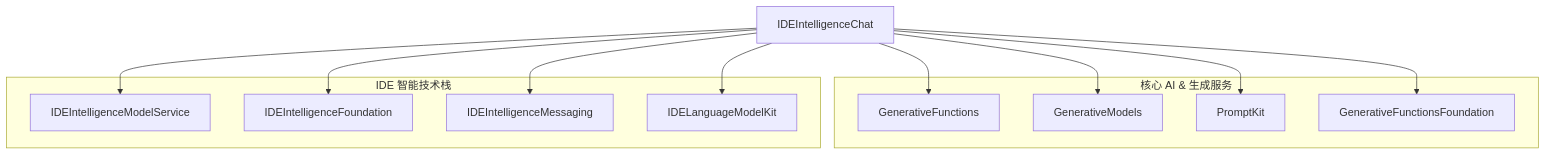
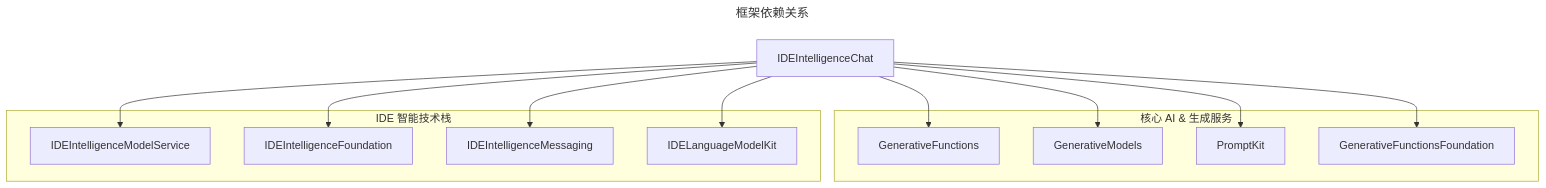
The third of 3 diagrams in 2025-08-31-the-cupertino-ghost-in-the-machine/zh-Hans/index_raw.md (WeZZard/MyWorks), drawn with Mermaid before and after one commit. The commit also changed other lines of this file and 3 other files, not shown here.

Commit message:
Refines the texts and adds the accessibility descriptions to the diagrams.

````diff
--- a/2025-08-31-the-cupertino-ghost-in-the-machine/zh-Hans/index_raw.md
+++ b/2025-08-31-the-cupertino-ghost-in-the-machine/zh-Hans/index_raw.md
@@ -320,26 +326,31 @@
 ```mermaid
+---
+title: "框架依赖关系"
+accTitle: "框架依赖关系"
+accDescr: "一张 'IDEIntelligenceChat' 框架的依赖关系图。该图显示 'IDEIntelligenceChat' 依赖于两大组框架。第一组名为“IDE 智能技术栈”，包括 'IDEIntelligenceModelService'、'IDEIntelligenceFoundation'、'IDEIntelligenceMessaging' 和 'IDELanguageModelKit'。第二组名为“核心 AI & 生成服务”，包括 'GenerativeFunctions'、'GenerativeModels'、'PromptKit' 和 'GenerativeFunctionsFoundation'。"
+---
 graph TD
     subgraph "核心 AI & 生成服务"
         GF["GenerativeFunctions"]
         GM["GenerativeModels"]
         PK["PromptKit"]
         GFF["GenerativeFunctionsFoundation"]
     end
 
     subgraph "IDE 智能技术栈"
         IIMS["IDEIntelligenceModelService"]
         IIF["IDEIntelligenceFoundation"]
         IIM["IDEIntelligenceMessaging"]
         IDLK["IDELanguageModelKit"]
     end
 
     IIC["IDEIntelligenceChat"] --> IIMS
     IIC["IDEIntelligenceChat"] --> IIF
     IIC["IDEIntelligenceChat"] --> IIM
     IIC["IDEIntelligenceChat"] --> IDLK
     
     IIC["IDEIntelligenceChat"] --> GF
     IIC["IDEIntelligenceChat"] --> GM
     IIC["IDEIntelligenceChat"] --> PK
     IIC["IDEIntelligenceChat"] --> GFF
 ```
````
